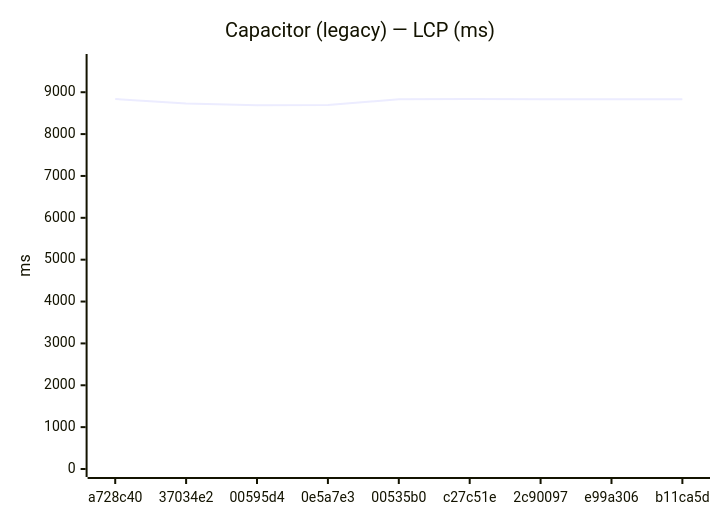
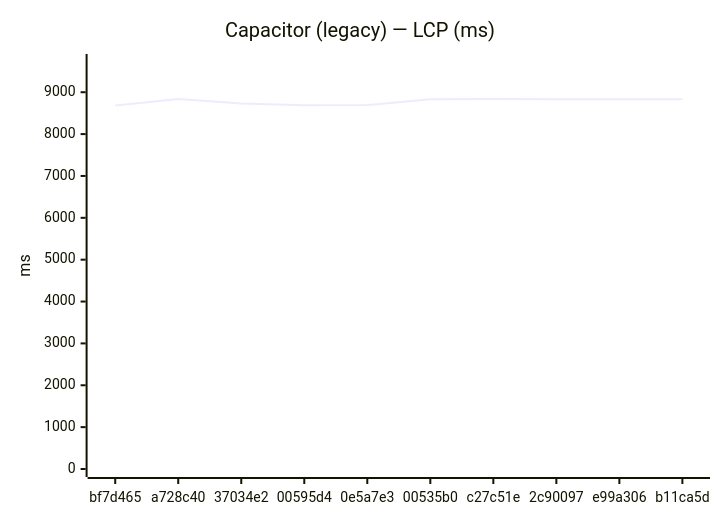
Before and after one commit to Metaheurist/Rianell: the fifth of 24 diagrams in benchmarks/compare.md, drawn with Mermaid. The commit also changed other lines of this file and 12 other files, not shown here.

````diff
--- a/benchmarks/compare.md
+++ b/benchmarks/compare.md
@@ -81,7 +84,7 @@
 ```mermaid
 xychart-beta
     title "Capacitor (legacy) — LCP (ms)"
-    x-axis ["a728c40", "37034e2", "00595d4", "0e5a7e3", "00535b0", "c27c51e", "2c90097", "e99a306", "b11ca5d"]
+    x-axis ["bf7d465", "a728c40", "37034e2", "00595d4", "0e5a7e3", "00535b0", "c27c51e", "2c90097", "e99a306", "b11ca5d"]
     y-axis "ms" 0 --> 9722
-    line [8837, 8731, 8688, 8693, 8834, 8838, 8835, 8833, 8830]
+    line [8681, 8837, 8731, 8688, 8693, 8834, 8838, 8835, 8833, 8830]
 ```
````
